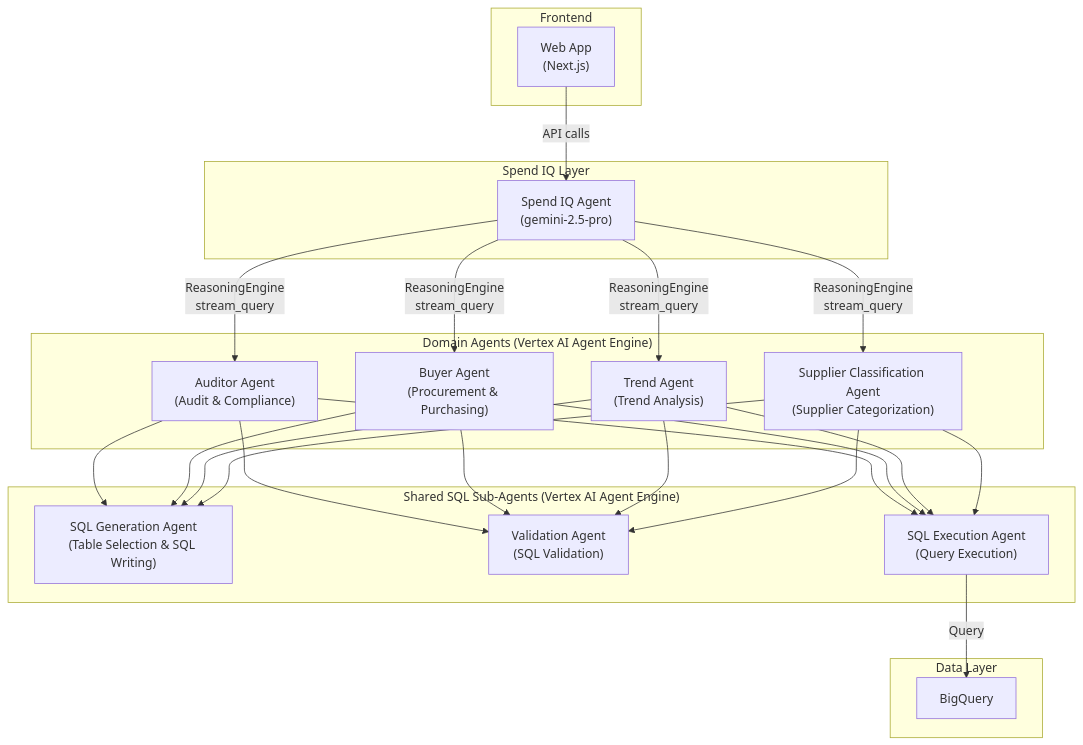
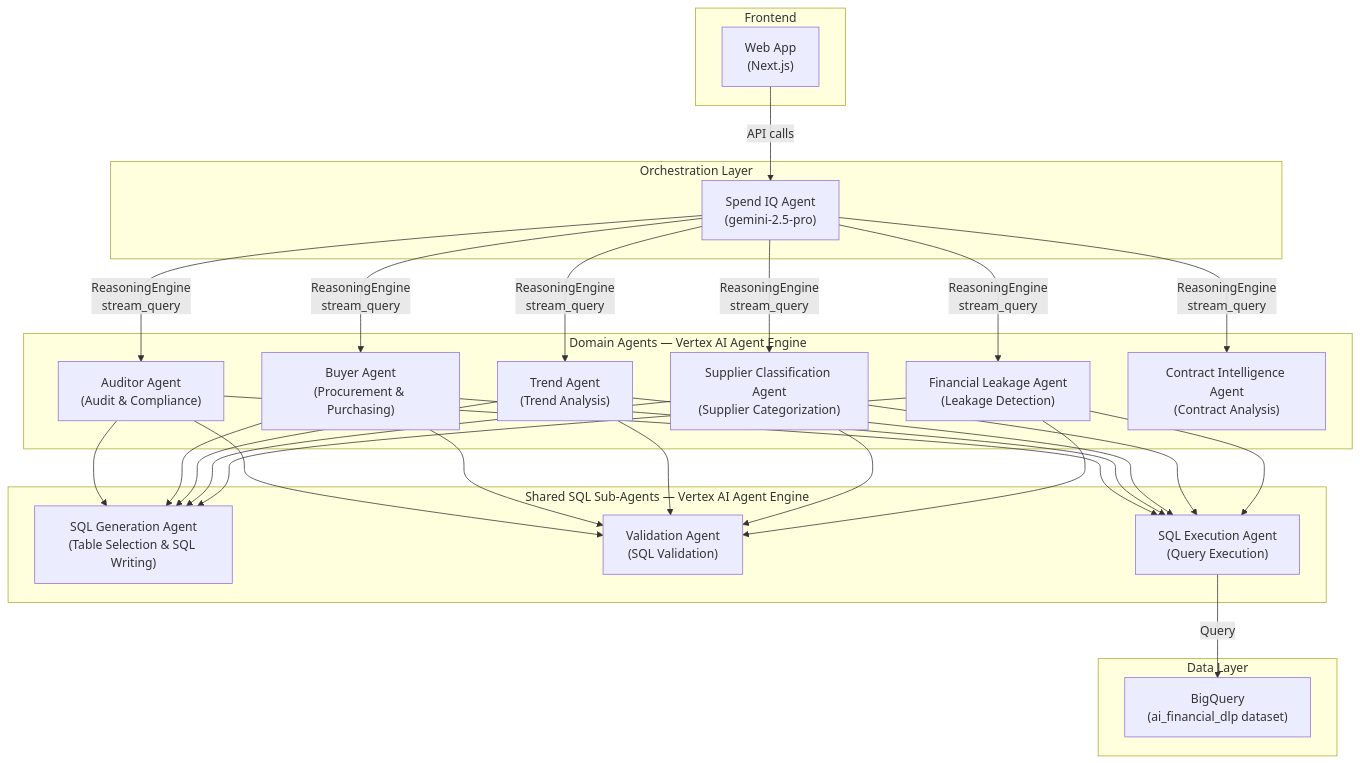
Before and after one commit to Kai23-dev/GCP_Multiagent_Sandbox: the diagram in README.md, drawn with Mermaid. The commit also changed other lines of this file and 3 other files, not shown here.

````diff
--- a/README.md
+++ b/README.md
@@ -7,48 +17,55 @@
 ```mermaid
 graph TB
     subgraph "Frontend"
         WEB["Web App<br/>(Next.js)"]
     end
 
-    subgraph "Spend IQ Layer"
+    subgraph "Orchestration Layer"
         ORCH["Spend IQ Agent<br/>(gemini-2.5-pro)"]
     end
 
-    subgraph "Domain Agents (Vertex AI Agent Engine)"
+    subgraph "Domain Agents — Vertex AI Agent Engine"
         AUD["Auditor Agent<br/>(Audit & Compliance)"]
         BUY["Buyer Agent<br/>(Procurement & Purchasing)"]
         TRD["Trend Agent<br/>(Trend Analysis)"]
         SUP["Supplier Classification Agent<br/>(Supplier Categorization)"]
+        FIN["Financial Leakage Agent<br/>(Leakage Detection)"]
+        CON["Contract Intelligence Agent<br/>(Contract Analysis)"]
     end
 
-    subgraph "Shared SQL Sub-Agents (Vertex AI Agent Engine)"
+    subgraph "Shared SQL Sub-Agents — Vertex AI Agent Engine"
         SQLGEN["SQL Generation Agent<br/>(Table Selection & SQL Writing)"]
         VAL["Validation Agent<br/>(SQL Validation)"]
         SQLEX["SQL Execution Agent<br/>(Query Execution)"]
     end
 
     subgraph "Data Layer"
-        BQ["BigQuery"]
+        BQ["BigQuery<br/>(ai_financial_dlp dataset)"]
     end
 
     WEB -->|"API calls"| ORCH
     ORCH -->|"ReasoningEngine<br/>stream_query"| AUD
     ORCH -->|"ReasoningEngine<br/>stream_query"| BUY
     ORCH -->|"ReasoningEngine<br/>stream_query"| TRD
     ORCH -->|"ReasoningEngine<br/>stream_query"| SUP
+    ORCH -->|"ReasoningEngine<br/>stream_query"| FIN
+    ORCH -->|"ReasoningEngine<br/>stream_query"| CON
 
     AUD --> SQLGEN
     AUD --> VAL
     AUD --> SQLEX
     BUY --> SQLGEN
     BUY --> VAL
     BUY --> SQLEX
     TRD --> SQLGEN
     TRD --> VAL
     TRD --> SQLEX
     SUP --> SQLGEN
     SUP --> VAL
     SUP --> SQLEX
+    FIN --> SQLGEN
+    FIN --> VAL
+    FIN --> SQLEX
 
     SQLEX -->|"Query"| BQ
 ```
````
